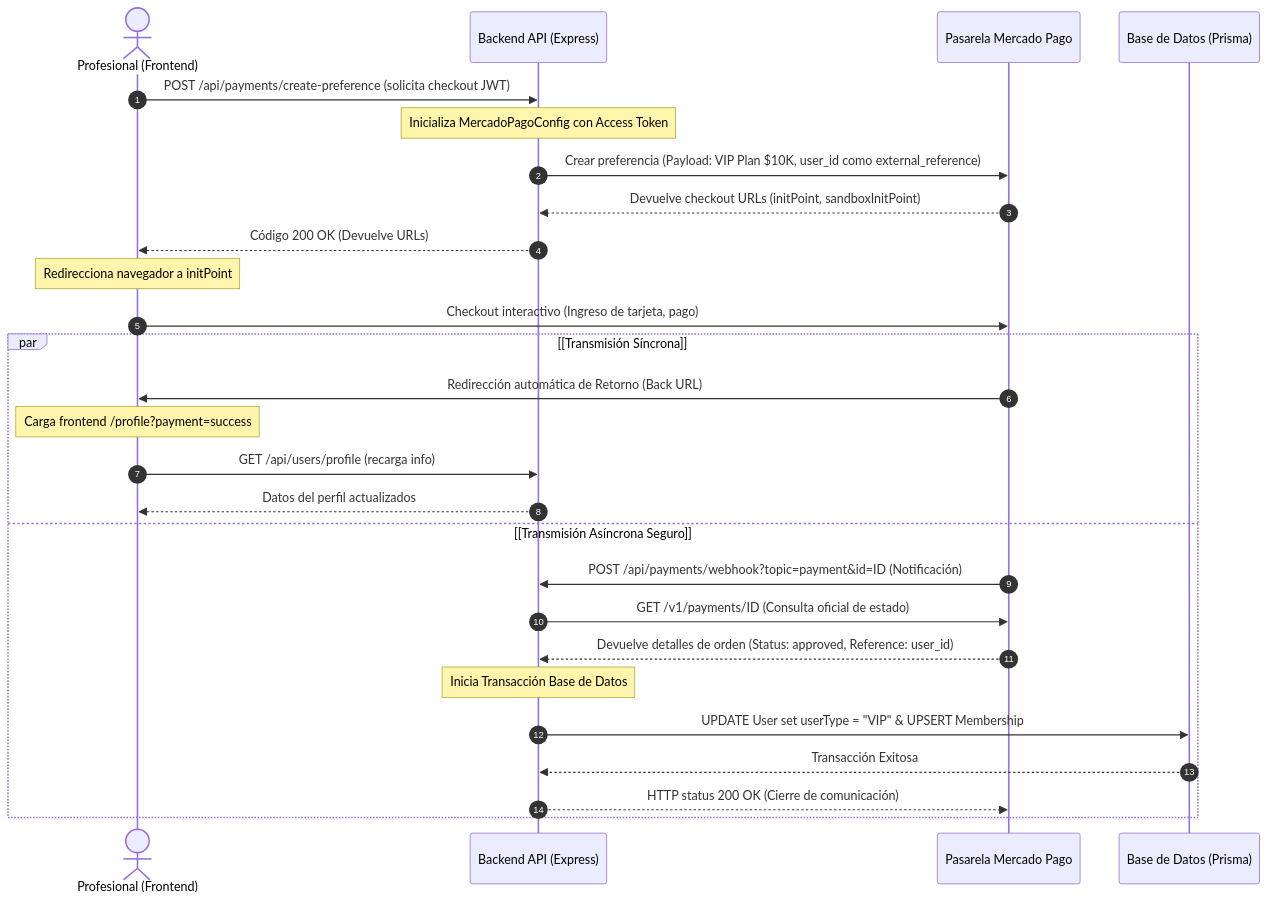
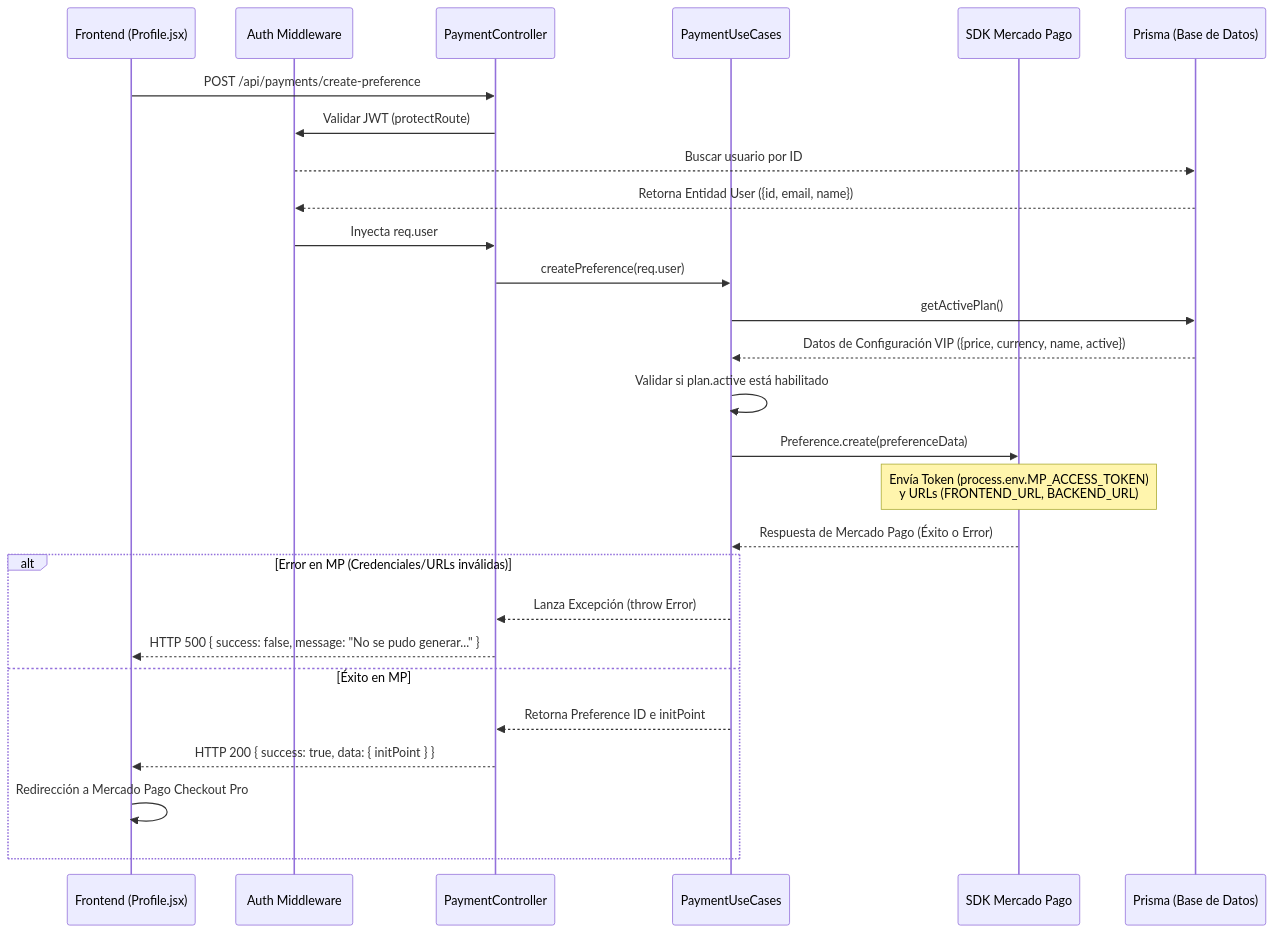
One commit to UrielCastor/Presuapp changed the diagram in audit_mercado_pago.md. Above: the diagram before and after it, drawn with Mermaid. The commit also changed other lines of this file, not shown here.

````diff
--- a/audit_mercado_pago.md
+++ b/audit_mercado_pago.md
@@ -289,32 +11,30 @@
 ```mermaid
 sequenceDiagram
-    autonumber
-    actor Profesional as Profesional (Frontend)
-    participant Backend as Backend API (Express)
-    participant MP as Pasarela Mercado Pago
-    participant DB as Base de Datos (Prisma)
+    participant Cliente as Frontend (Profile.jsx)
+    participant Auth as Auth Middleware
+    participant Controller as PaymentController
+    participant Case as PaymentUseCases
+    participant MP as SDK Mercado Pago
+    participant DB as Prisma (Base de Datos)
 
-    Profesional->>Backend: POST /api/payments/create-preference (solicita checkout JWT)
-    Note over Backend: Inicializa MercadoPagoConfig con Access Token
-    Backend->>MP: Crear preferencia (Payload: VIP Plan $10K, user_id como external_reference)
-    MP-->>Backend: Devuelve checkout URLs (initPoint, sandboxInitPoint)
-    Backend-->>Profesional: Código 200 OK (Devuelve URLs)
-    
-    Note over Profesional: Redirecciona navegador a initPoint
-    Profesional->>MP: Checkout interactivo (Ingreso de tarjeta, pago)
-    
-    par [Transmisión Síncrona]
-        MP->>Profesional: Redirección automática de Retorno (Back URL)
-        Note over Profesional: Carga frontend /profile?payment=success
-        Profesional->>Backend: GET /api/users/profile (recarga info)
-        Backend-->>Profesional: Datos del perfil actualizados
-    and [Transmisión Asíncrona Seguro]
-        MP->>Backend: POST /api/payments/webhook?topic=payment&id=ID (Notificación)
-        Backend->>MP: GET /v1/payments/ID (Consulta oficial de estado)
-        MP-->>Backend: Devuelve detalles de orden (Status: approved, Reference: user_id)
-        Note over Backend: Inicia Transacción Base de Datos
-        Backend->>DB: UPDATE User set userType = "VIP" & UPSERT Membership
-        DB-->>Backend: Transacción Exitosa
-        Backend-->>MP: HTTP status 200 OK (Cierre de comunicación)
+    Cliente ->> Controller: POST /api/payments/create-preference
+    Controller ->> Auth: Validar JWT (protectRoute)
+    Auth -->> DB: Buscar usuario por ID
+    DB -->> Auth: Retorna Entidad User ({id, email, name})
+    Auth ->> Controller: Inyecta req.user
+    Controller ->> Case: createPreference(req.user)
+    Case ->> DB: getActivePlan()
+    DB -->> Case: Datos de Configuración VIP ({price, currency, name, active})
+    Case ->> Case: Validar si plan.active está habilitado
+    Case ->> MP: Preference.create(preferenceData)
+    Note over MP: Envía Token (process.env.MP_ACCESS_TOKEN)<br/>y URLs (FRONTEND_URL, BACKEND_URL)
+    MP -->> Case: Respuesta de Mercado Pago (Éxito o Error)
+    alt Error en MP (Credenciales/URLs inválidas)
+        Case -->> Controller: Lanza Excepción (throw Error)
+        Controller -->> Cliente: HTTP 500 { success: false, message: "No se pudo generar..." }
+    else Éxito en MP
+        Case -->> Controller: Retorna Preference ID e initPoint
+        Controller -->> Cliente: HTTP 200 { success: true, data: { initPoint } }
+        Cliente ->> Cliente: Redirección a Mercado Pago Checkout Pro
     end
 ```
````
